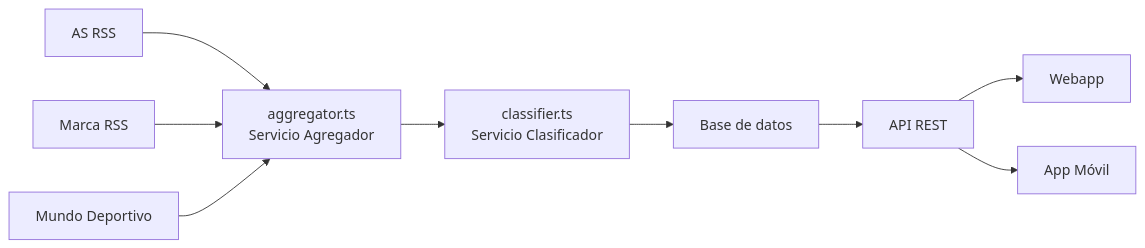
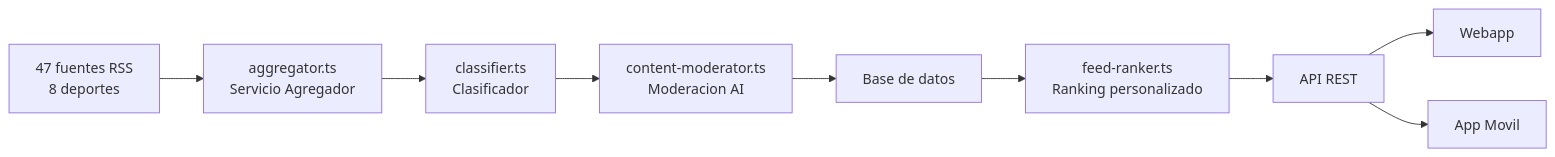
Before and after one commit to durdy48/SportyKids: the second of 2 diagrams in docs/es/01-arquitectura.md, drawn with Mermaid. The commit also changed other lines of this file and 22 other files, not shown here.

````diff
--- a/docs/es/01-arquitectura.md
+++ b/docs/es/01-arquitectura.md
@@ -98,11 +146,11 @@
 ```mermaid
 flowchart LR
-    RSS1["AS RSS"] --> AGR["aggregator.ts<br/>Servicio Agregador"]
-    RSS2["Marca RSS"] --> AGR
-    RSS3["Mundo Deportivo"] --> AGR
-    AGR --> CLAS["classifier.ts<br/>Servicio Clasificador"]
-    CLAS --> DB["Base de datos"]
-    DB --> API["API REST"]
+    RSS1["47 fuentes RSS<br/>8 deportes"] --> AGR["aggregator.ts<br/>Servicio Agregador"]
+    AGR --> CLAS["classifier.ts<br/>Clasificador"]
+    CLAS --> MOD["content-moderator.ts<br/>Moderacion AI"]
+    MOD --> DB["Base de datos"]
+    DB --> RANK["feed-ranker.ts<br/>Ranking personalizado"]
+    RANK --> API["API REST"]
     API --> WEB["Webapp"]
-    API --> MOB["App Móvil"]
+    API --> MOB["App Movil"]
 ```
````
